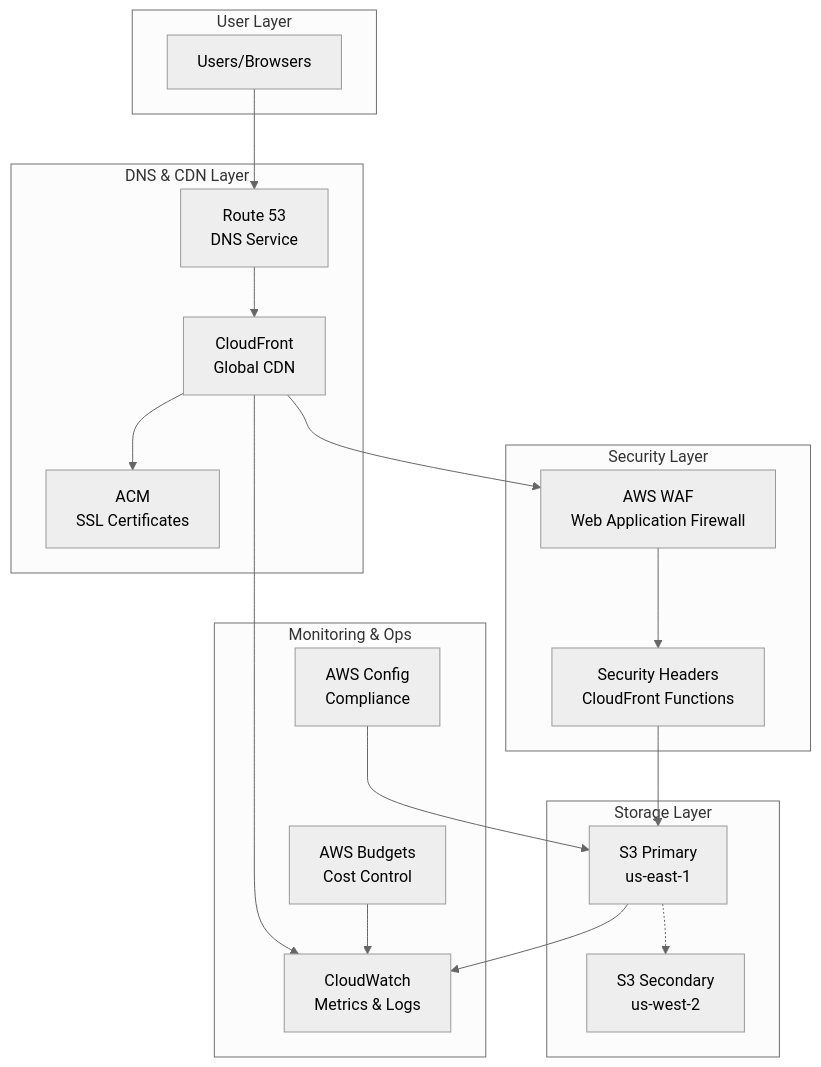
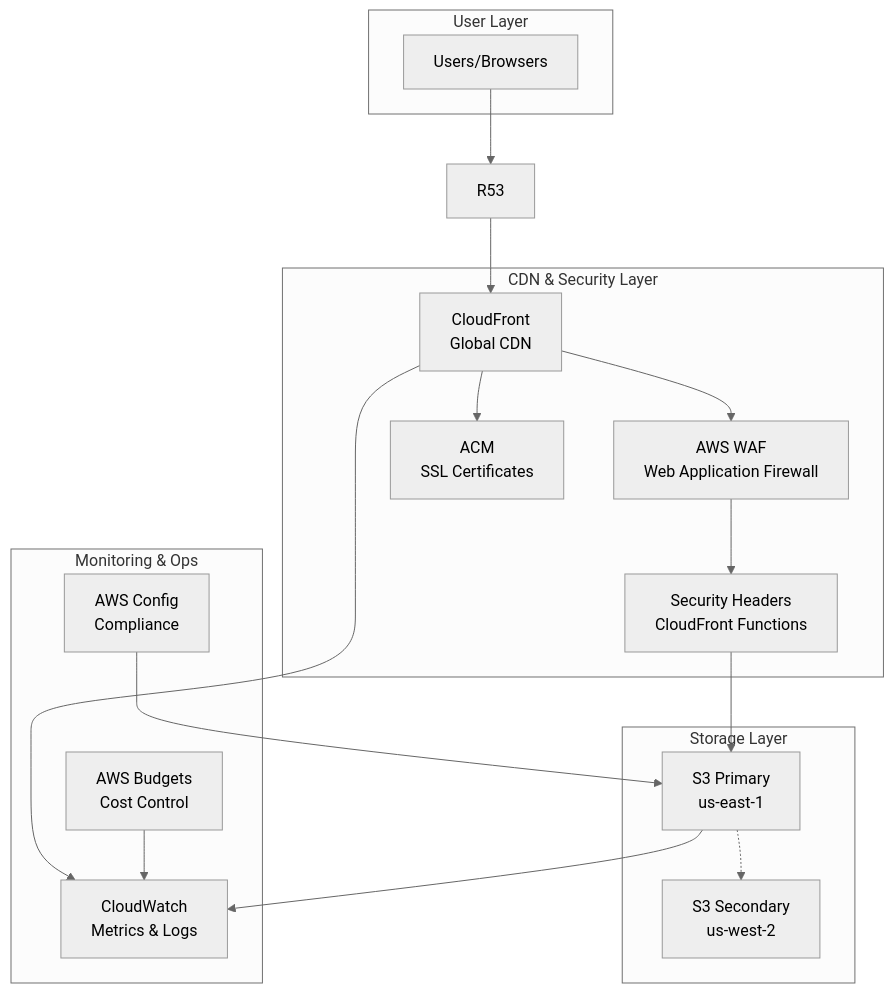
The first of 4 diagrams in ARCHITECTURE.md (Celtikill/static-site), drawn with Mermaid (neutral theme) before and after one commit. The commit also changed 4 other files, not shown here.

````diff
--- a/ARCHITECTURE.md
+++ b/ARCHITECTURE.md
@@ -11,40 +11,36 @@
 ```mermaid
 graph TB
     subgraph "User Layer"
         U[Users/Browsers]
     end
     
-    subgraph "DNS & CDN Layer"
-        R53[Route 53<br/>DNS Service]
+    subgraph "CDN & Security Layer"
         CF[CloudFront<br/>Global CDN]
-        ACM[ACM<br/>SSL Certificates]
-    end
-    
-    subgraph "Security Layer"
         WAF[AWS WAF<br/>Web Application Firewall]
         SH[Security Headers<br/>CloudFront Functions]
+        ACM[ACM<br/>SSL Certificates]
     end
     
     subgraph "Storage Layer"
         S3P[S3 Primary<br/>us-east-1]
         S3S[S3 Secondary<br/>us-west-2]
     end
     
     subgraph "Monitoring & Ops"
         CW[CloudWatch<br/>Metrics & Logs]
         CFG[AWS Config<br/>Compliance]
         BUD[AWS Budgets<br/>Cost Control]
     end
     
     U --> R53
     R53 --> CF
     CF --> WAF
     WAF --> SH
     SH --> S3P
     S3P -.-> S3S
     CF --> ACM
     CF --> CW
     S3P --> CW
     CFG --> S3P
     BUD --> CW
 ```
````
